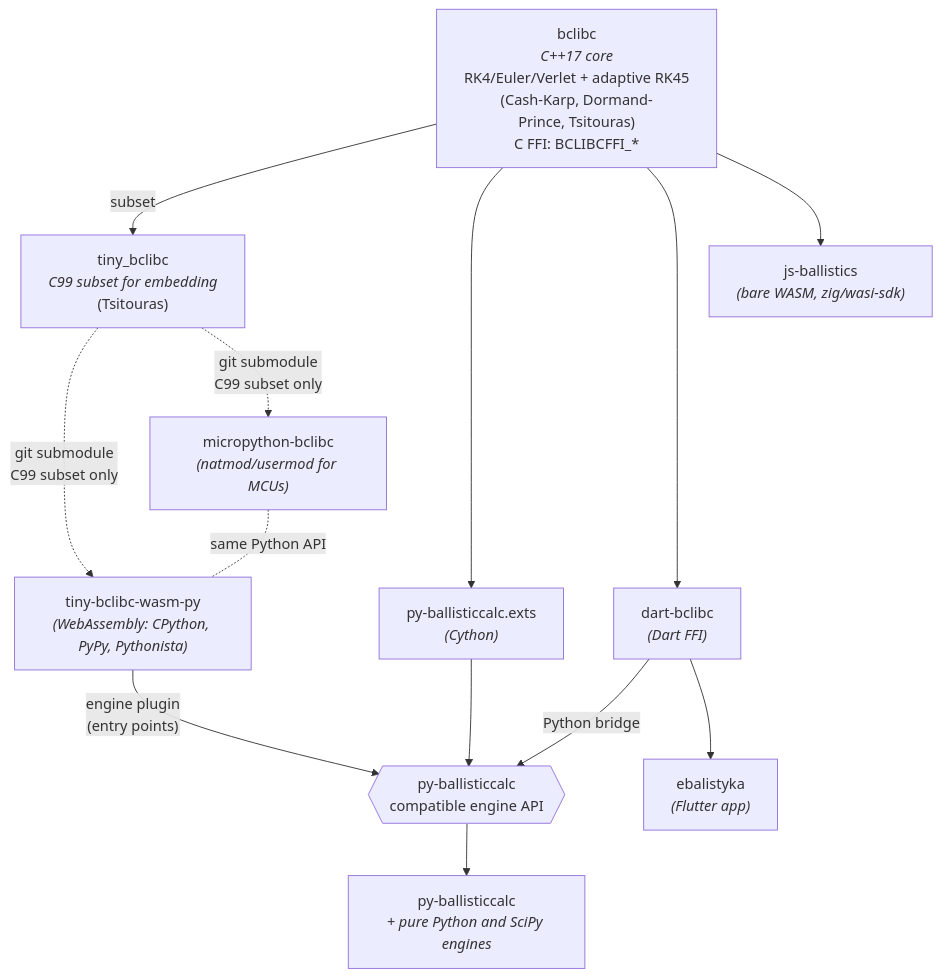
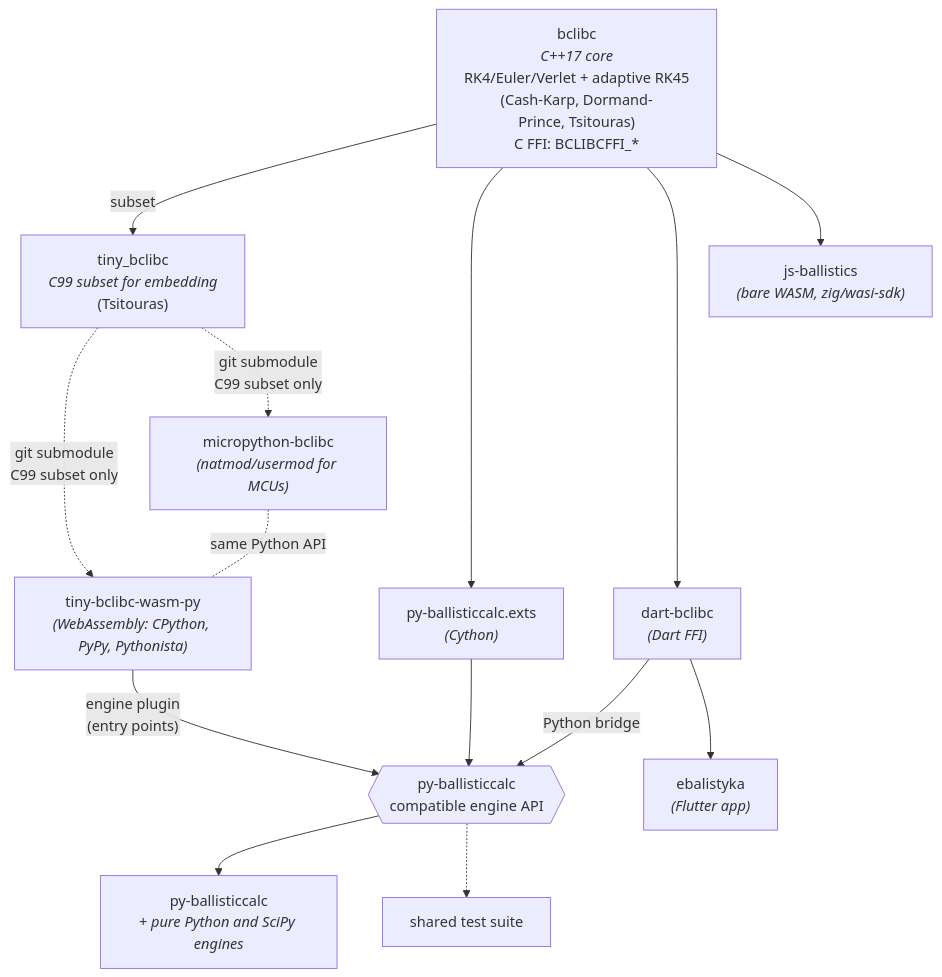
Before and after one commit to ballistics-lab/.github: the diagram in profile/README.md, drawn with Mermaid. The commit also changed other lines of this file, not shown here.

````diff
--- a/profile/README.md
+++ b/profile/README.md
@@ -23,21 +28,22 @@
 ```mermaid
 flowchart TD
     A["bclibc<br><i>C++17&nbsp;core</i><br>RK4/Euler/Verlet&nbsp;+&nbsp;adaptive&nbsp;RK45<br>(Cash-Karp,&nbsp;Dormand-Prince,&nbsp;Tsitouras)<br>C&nbsp;FFI:&nbsp;BCLIBCFFI_*"]
     A2["tiny_bclibc<br><i>C99&nbsp;subset&nbsp;for&nbsp;embedding</i><br>(Tsitouras)"]
     A -->|"subset"| A2
 
     A --> X["py-ballisticcalc.exts<br><i>(Cython)</i>"]
     A --> D["dart-bclibc<br><i>(Dart FFI)</i>"]
     A --> J["js-ballistics<br><i>(bare WASM, zig/wasi-sdk)</i>"]
     A2 -.->|"git submodule<br>C99 subset only"| T["tiny-bclibc-wasm-py<br><i>(WebAssembly: CPython, PyPy, Pythonista)</i>"]
     A2 -.->|"git submodule<br>C99 subset only"| E["micropython-bclibc<br><i>(natmod/usermod for MCUs)</i>"]
 
     API{{"py-ballisticcalc<br>compatible engine API"}}
     X --> API
     D -->|"Python bridge"| API
     T -->|"engine plugin<br>(entry points)"| API
     API --> P["py-ballisticcalc<br><i>+ pure Python and SciPy engines</i>"]
+    API -.-> O["shared test suite"]
 
     E -.-|"same Python API"| T
     D --> F["ebalistyka<br><i>(Flutter app)</i>"]
 ```
````
